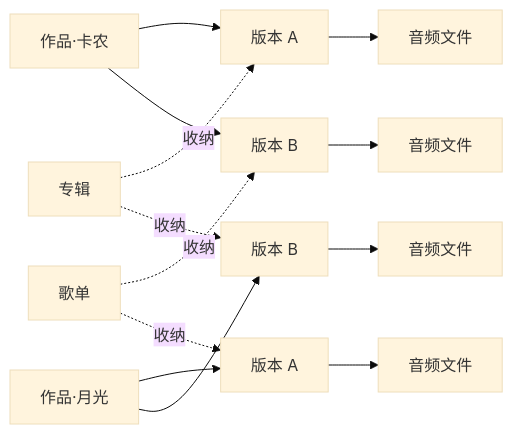
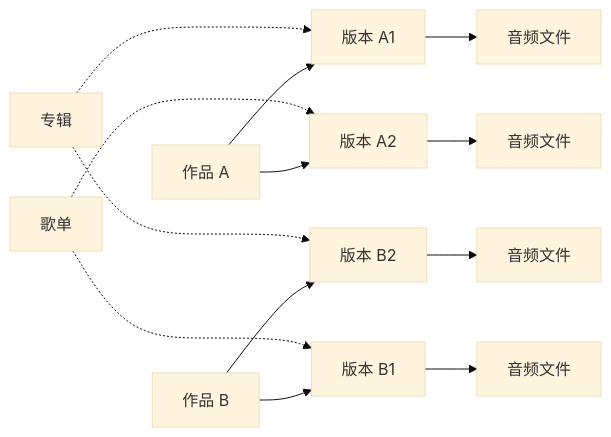
Before and after one commit to Coooolfan/UniRhy: the diagram in website/content/docs/zh/usage/data-model.md, drawn with Mermaid (base theme). The commit also changed 3 other files, not shown here.

````diff
--- a/website/content/docs/zh/usage/data-model.md
+++ b/website/content/docs/zh/usage/data-model.md
@@ -43,13 +43,13 @@
 ```mermaid
 flowchart LR
     accTitle: 作品、版本、音频文件与专辑歌单的关系
     accDescr: 每个作品包含多个版本，每个版本对应音频文件；专辑与歌单收纳的是版本而非作品，且可跨作品自由组合。
-    W1[作品·卡农] --> R1A[版本 A] --> F1A[音频文件]
-    W1 --> R1B[版本 B] --> F1B[音频文件]
-    W2[作品·月光] --> R2A[版本 A] --> F2A[音频文件]
-    W2 --> R2B[版本 B] --> F2B[音频文件]
-    A[专辑] -.收纳.-> R1A
-    A -.收纳.-> R2B
-    P[歌单] -.收纳.-> R1B
-    P -.收纳.-> R2A
+    W1[作品 A] --> R1A[版本 A1] --> F1A[音频文件]
+    W1 --> R1B[版本 A2] --> F1B[音频文件]
+    W2[作品 B] --> R2A[版本 B1] --> F2A[音频文件]
+    W2 --> R2B[版本 B2] --> F2B[音频文件]
+    A[专辑] -..-> R1A
+    A -..-> R2B
+    P[歌单] -..-> R1B
+    P -..-> R2A
 ```
````
